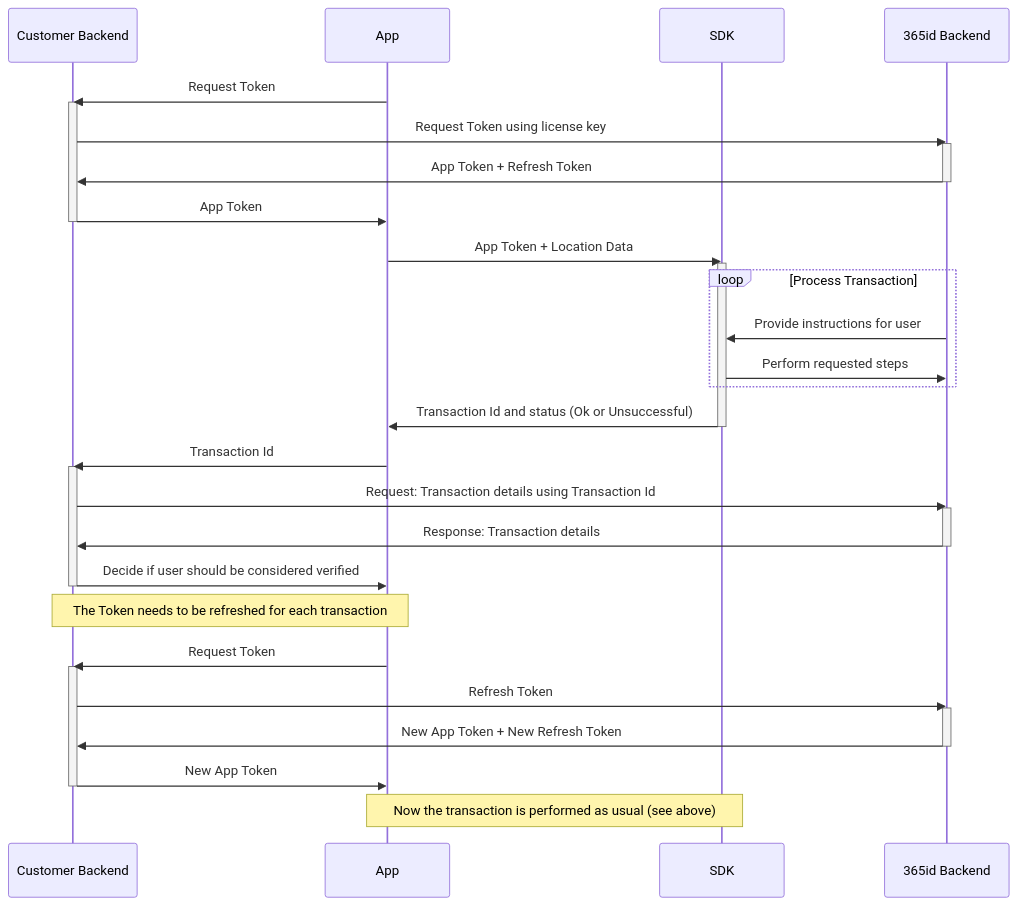
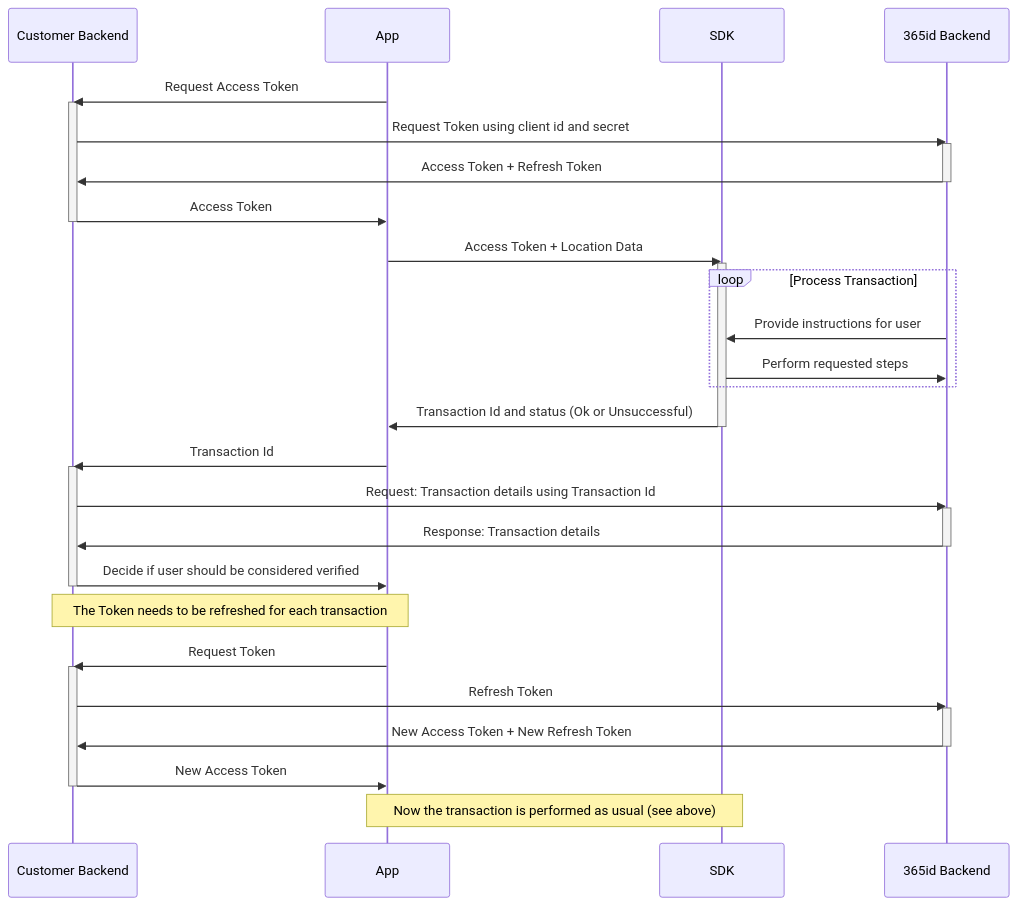
Before and after one commit to 365id-AB/idverification-ios: the third of 3 diagrams in README.md, drawn with Mermaid. The commit also changed other lines of this file, not shown here.

````diff
--- a/README.md
+++ b/README.md
@@ -387,42 +474,42 @@
 ```mermaid
 sequenceDiagram
     participant Customer Backend
     participant App
     participant SDK
     participant 365id Backend
-    App->>Customer Backend: Request Token
+    App->>Customer Backend: Request Access Token
     activate Customer Backend
-    Customer Backend->>365id Backend: Request Token using license key
+    Customer Backend->>365id Backend: Request Token using client id and secret
     activate 365id Backend
-    365id Backend->>Customer Backend: App Token + Refresh Token
+    365id Backend->>Customer Backend: Access Token + Refresh Token
     deactivate 365id Backend
     
-    Customer Backend->>App: App Token
+    Customer Backend->>App: Access Token
     deactivate Customer Backend
-    App->>SDK: App Token + Location Data
+    App->>SDK: Access Token + Location Data
     activate SDK
     loop Process Transaction
         365id Backend->>SDK: Provide instructions for user
         SDK->>365id Backend: Perform requested steps
     end
     SDK->>App: Transaction Id and status (Ok or Unsuccessful)
     deactivate SDK
     App->>Customer Backend: Transaction Id
     activate Customer Backend
     Customer Backend->>365id Backend: Request: Transaction details using Transaction Id
     activate 365id Backend
     365id Backend->>Customer Backend: Response: Transaction details
     deactivate 365id Backend
     Customer Backend->>App: Decide if user should be considered verified
     deactivate Customer Backend
     Note over Customer Backend, App: The Token needs to be refreshed for each transaction
     App->>Customer Backend: Request Token
     activate Customer Backend
     Customer Backend->>365id Backend: Refresh Token
     activate 365id Backend
-    365id Backend->>Customer Backend: New App Token + New Refresh Token
+    365id Backend->>Customer Backend: New Access Token + New Refresh Token
     deactivate 365id Backend
-    Customer Backend->>App: New App Token
+    Customer Backend->>App: New Access Token
     deactivate Customer Backend
     Note over App, SDK: Now the transaction is performed as usual (see above)
 ```
````
